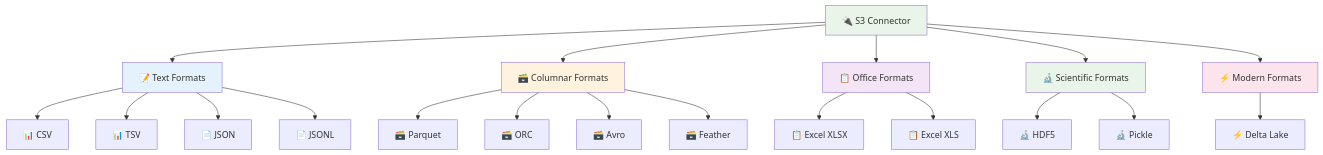
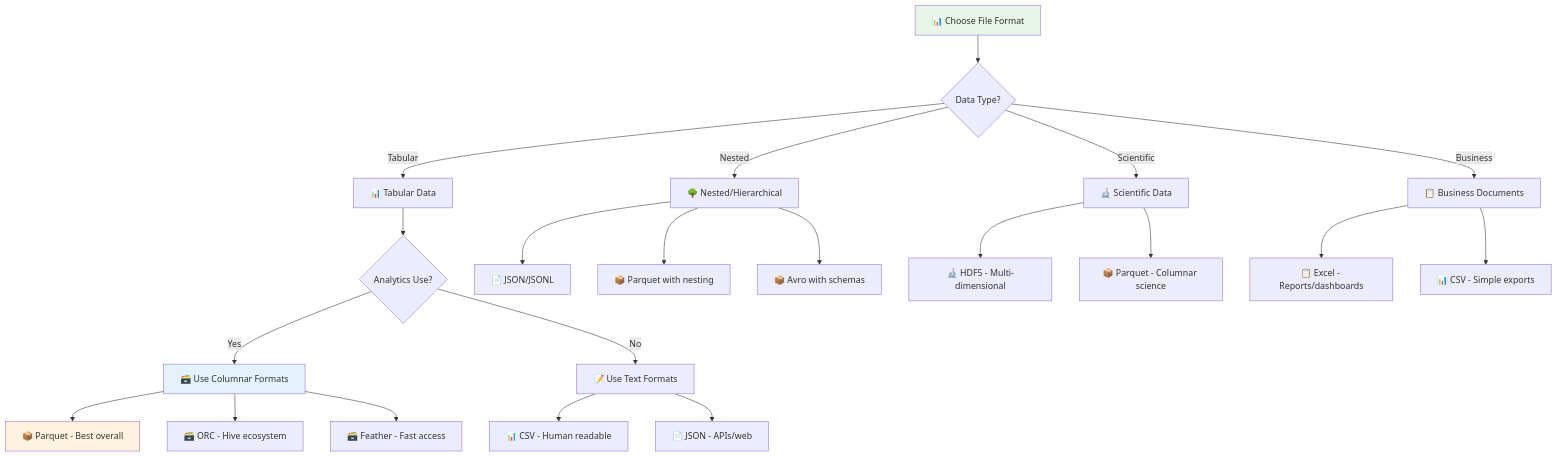
Before and after one commit to Monsau/S3connectorplaybook: diagram 16 of 22 in docs/reference/supported-formats.md, drawn with Mermaid. The commit also changed other lines of this file and 1 other file, not shown here.

First line of the commit message:
📊 Enhance file format documentation with comprehensive details and Mermaid diagrams

````diff
--- a/docs/reference/supported-formats.md
+++ b/docs/reference/supported-formats.md
@@ -7,33 +999,34 @@
 ```mermaid
-graph TD
-    Connector[🔌 S3 Connector] --> Text[📝 Text Formats]
-    Connector --> Columnar[🗃️ Columnar Formats]
-    Connector --> Office[📋 Office Formats]
-    Connector --> Scientific[🔬 Scientific Formats]
-    Connector --> Modern[⚡ Modern Formats]
+flowchart TD
+    Start[📊 Choose File Format] --> DataType{Data Type?}
     
-    Text --> CSV[📊 CSV]
-    Text --> TSV[📊 TSV]
-    Text --> JSON[📄 JSON]
-    Text --> JSONL[📄 JSONL]
+    DataType -->|Tabular| Tabular[📊 Tabular Data]
+    DataType -->|Nested| Nested[🌳 Nested/Hierarchical]
+    DataType -->|Scientific| Scientific[🔬 Scientific Data]
+    DataType -->|Business| Business[📋 Business Documents]
     
-    Columnar --> Parquet[🗃️ Parquet]
-    Columnar --> ORC[🗃️ ORC]
-    Columnar --> Avro[🗃️ Avro]
-    Columnar --> Feather[🗃️ Feather]
+    Tabular --> Analytics{Analytics Use?}
+    Analytics -->|Yes| Columnar[🗃️ Use Columnar Formats]
+    Analytics -->|No| TextFormat[📝 Use Text Formats]
     
-    Office --> Excel[📋 Excel XLSX]
-    Office --> ExcelLegacy[📋 Excel XLS]
+    Columnar --> ParquetChoice[📦 Parquet - Best overall]
+    Columnar --> ORCChoice[🗃️ ORC - Hive ecosystem]
+    Columnar --> FeatherChoice[🗃️ Feather - Fast access]
     
-    Scientific --> HDF5[🔬 HDF5]
-    Scientific --> Pickle[🔬 Pickle]
+    TextFormat --> CSVChoice[📊 CSV - Human readable]
+    TextFormat --> JSONChoice[📄 JSON - APIs/web]
     
-    Modern --> Delta[⚡ Delta Lake]
+    Nested --> JSONNested[📄 JSON/JSONL]
+    Nested --> ParquetNested[📦 Parquet with nesting]
+    Nested --> AvroNested[📦 Avro with schemas]
     
-    style Connector fill:#e8f5e8
-    style Text fill:#e3f2fd
-    style Columnar fill:#fff3e0
-    style Office fill:#f3e5f5
-    style Scientific fill:#e8f5e8
-    style Modern fill:#fce4ec
+    Scientific --> HDF5Choice[🔬 HDF5 - Multi-dimensional]
+    Scientific --> ParquetSci[📦 Parquet - Columnar science]
+    
+    Business --> ExcelChoice[📋 Excel - Reports/dashboards]
+    Business --> CSVBusiness[📊 CSV - Simple exports]
+    
+    style Start fill:#e8f5e8
+    style Columnar fill:#e3f2fd
+    style ParquetChoice fill:#fff3e0
 ```
````
